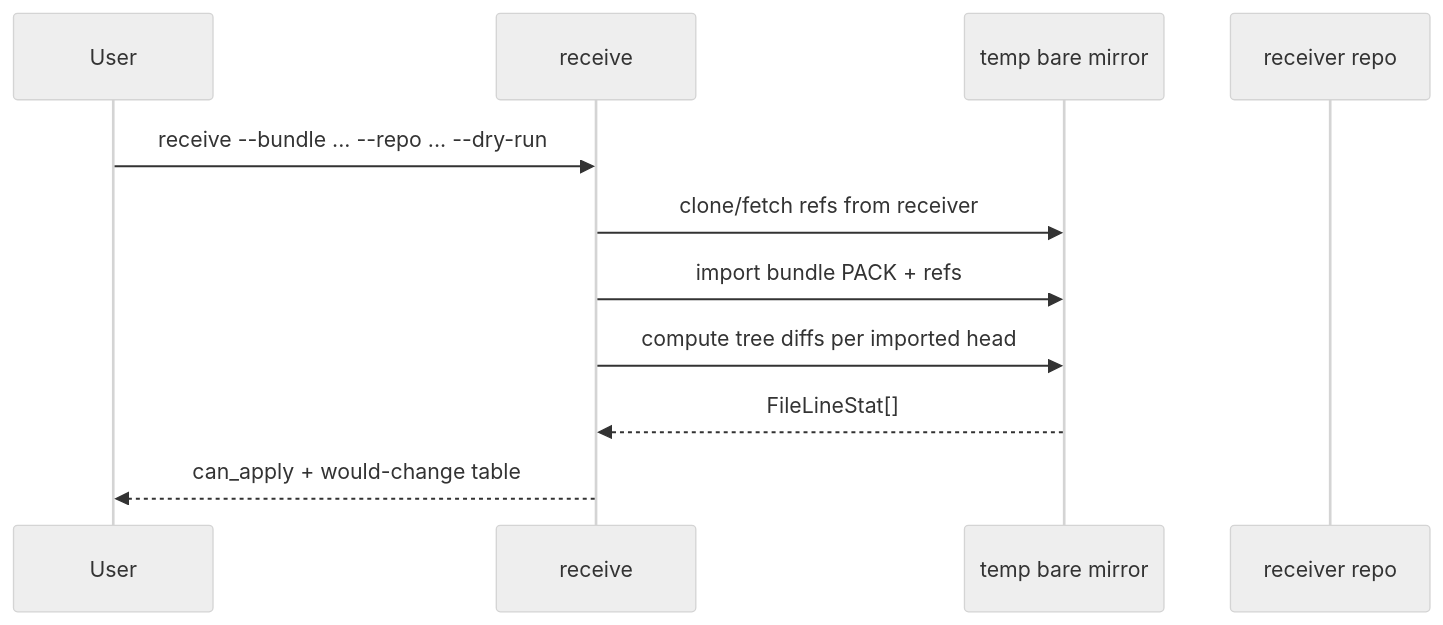
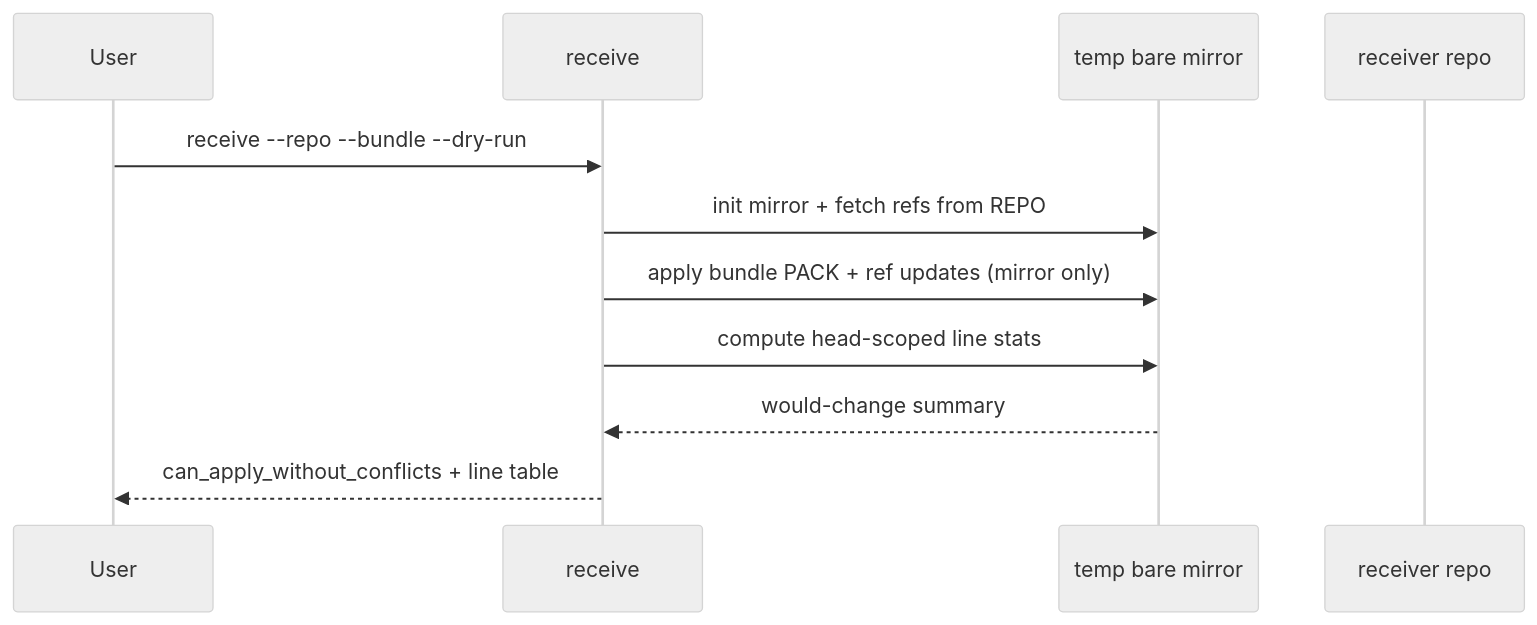
Before and after one commit to daredem0/git-sync: the fifth of 6 diagrams in SDD_SAD.md, drawn with Mermaid (neutral theme). The commit also changed other lines of this file, not shown here.

````diff
--- a/SDD_SAD.md
+++ b/SDD_SAD.md
@@ -151,14 +255,14 @@
 ```mermaid
 sequenceDiagram
     participant U as User
-    participant RCV as receive
+    participant R as receive
     participant TMP as temp bare mirror
     participant REPO as receiver repo
 
-    U->>RCV: receive --bundle ... --repo ... --dry-run
-    RCV->>TMP: clone/fetch refs from receiver
-    RCV->>TMP: import bundle PACK + refs
-    RCV->>TMP: compute tree diffs per imported head
-    TMP-->>RCV: FileLineStat[]
-    RCV-->>U: can_apply + would-change table
+    U->>R: receive --repo --bundle --dry-run
+    R->>TMP: init mirror + fetch refs from REPO
+    R->>TMP: apply bundle PACK + ref updates (mirror only)
+    R->>TMP: compute head-scoped line stats
+    TMP-->>R: would-change summary
+    R-->>U: can_apply_without_conflicts + line table
 ```
````
